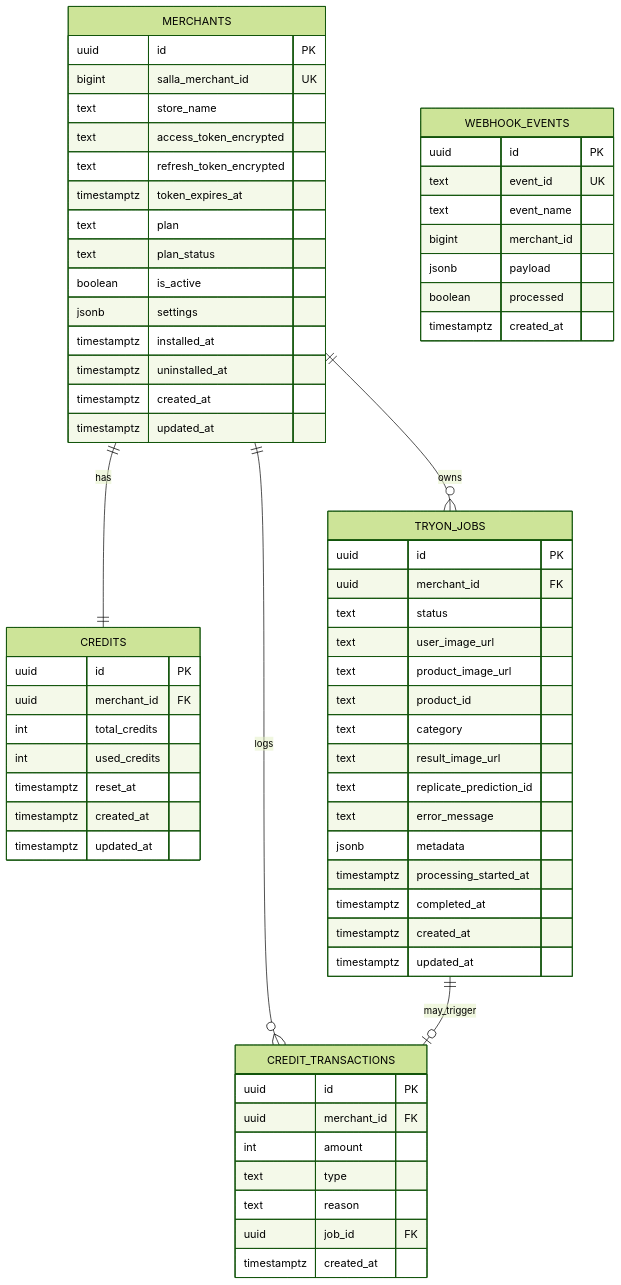
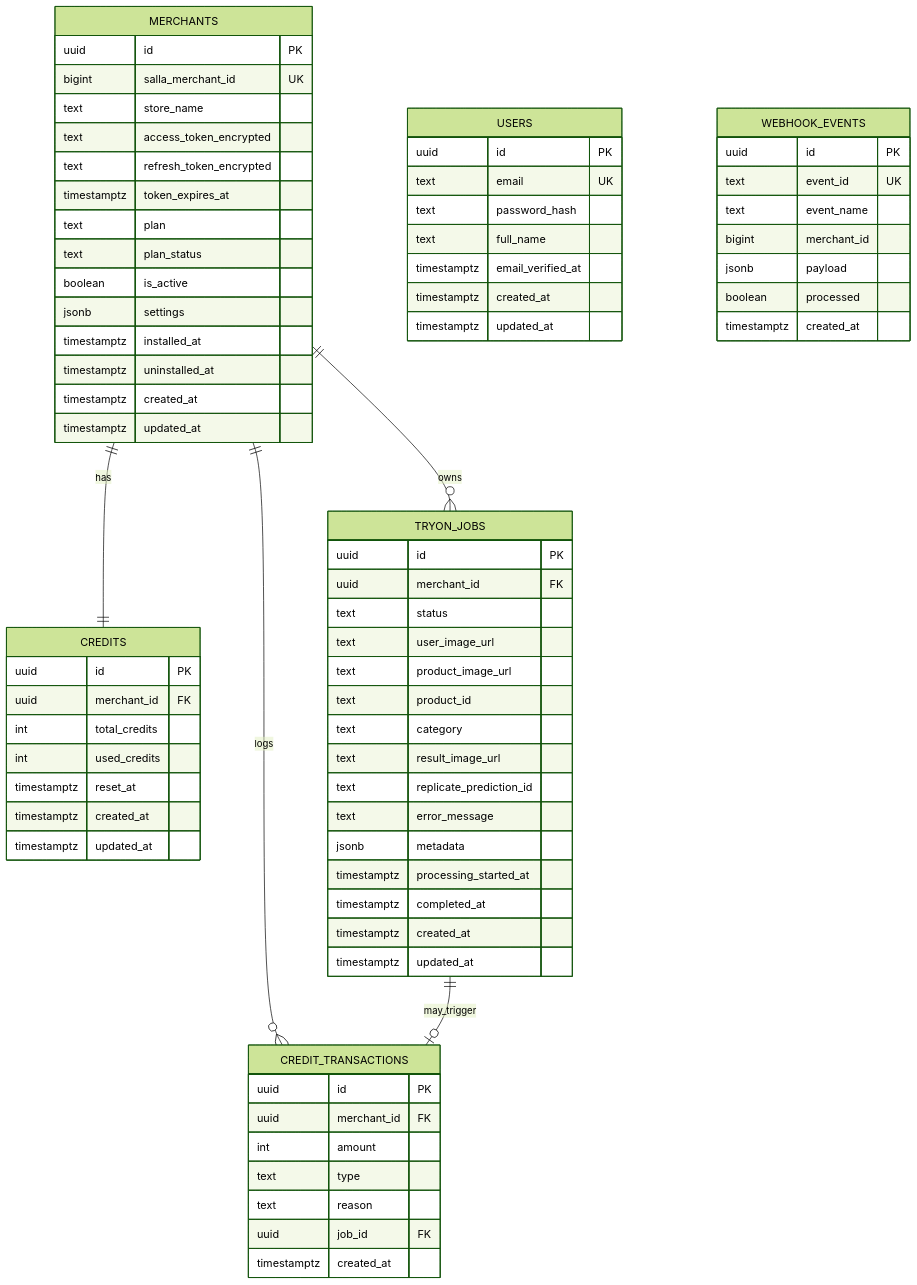
The diagram in docs/02-architecture/erd-virtual-tryon.md (mohamed-shahien/salla-vtryon), drawn with Mermaid (forest theme) before and after one commit. The commit also changed 21 other files, not shown here.

Commit message:
feat: implement dashboard layout, authentication flow, and merchant management services

````diff
--- a/docs/02-architecture/erd-virtual-tryon.md
+++ b/docs/02-architecture/erd-virtual-tryon.md
@@ -34,72 +34,82 @@
 ```mermaid
 erDiagram
     MERCHANTS ||--|| CREDITS : has
     MERCHANTS ||--o{ TRYON_JOBS : owns
     MERCHANTS ||--o{ CREDIT_TRANSACTIONS : logs
     TRYON_JOBS ||--o| CREDIT_TRANSACTIONS : may_trigger
 
     MERCHANTS {
         uuid id PK
         bigint salla_merchant_id UK
         text store_name
         text access_token_encrypted
         text refresh_token_encrypted
         timestamptz token_expires_at
         text plan
         text plan_status
         boolean is_active
         jsonb settings
         timestamptz installed_at
         timestamptz uninstalled_at
         timestamptz created_at
         timestamptz updated_at
     }
 
     CREDITS {
         uuid id PK
         uuid merchant_id FK
         int total_credits
         int used_credits
         timestamptz reset_at
+        timestamptz created_at
+        timestamptz updated_at
+    }
+
+    USERS {
+        uuid id PK
+        text email UK
+        text password_hash
+        text full_name
+        timestamptz email_verified_at
         timestamptz created_at
         timestamptz updated_at
     }
 
     TRYON_JOBS {
         uuid id PK
         uuid merchant_id FK
         text status
         text user_image_url
         text product_image_url
         text product_id
         text category
         text result_image_url
         text replicate_prediction_id
         text error_message
         jsonb metadata
         timestamptz processing_started_at
         timestamptz completed_at
         timestamptz created_at
         timestamptz updated_at
     }
 
     WEBHOOK_EVENTS {
         uuid id PK
         text event_id UK
         text event_name
         bigint merchant_id
         jsonb payload
         boolean processed
         timestamptz created_at
     }
 
     CREDIT_TRANSACTIONS {
         uuid id PK
         uuid merchant_id FK
         int amount
         text type
         text reason
         uuid job_id FK
         timestamptz created_at
     }
 ```
````
